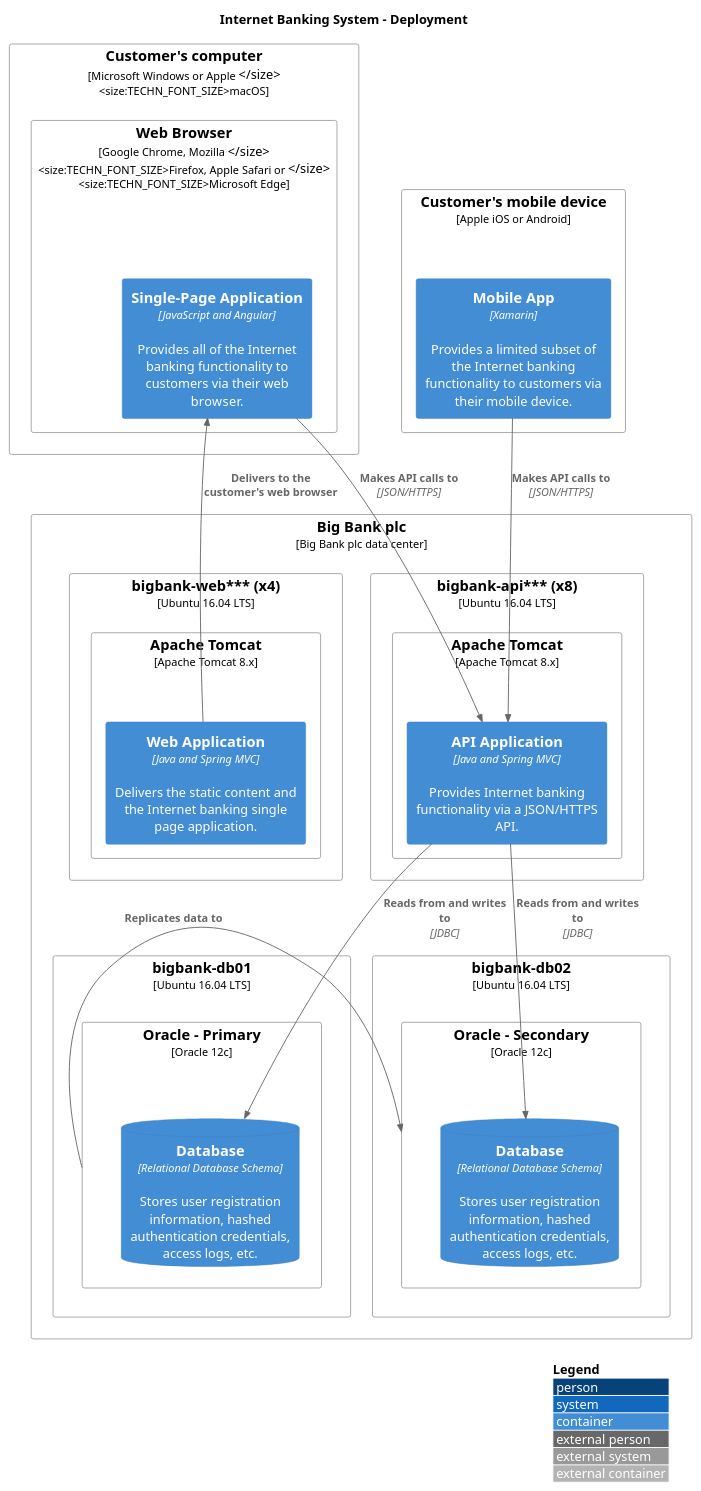
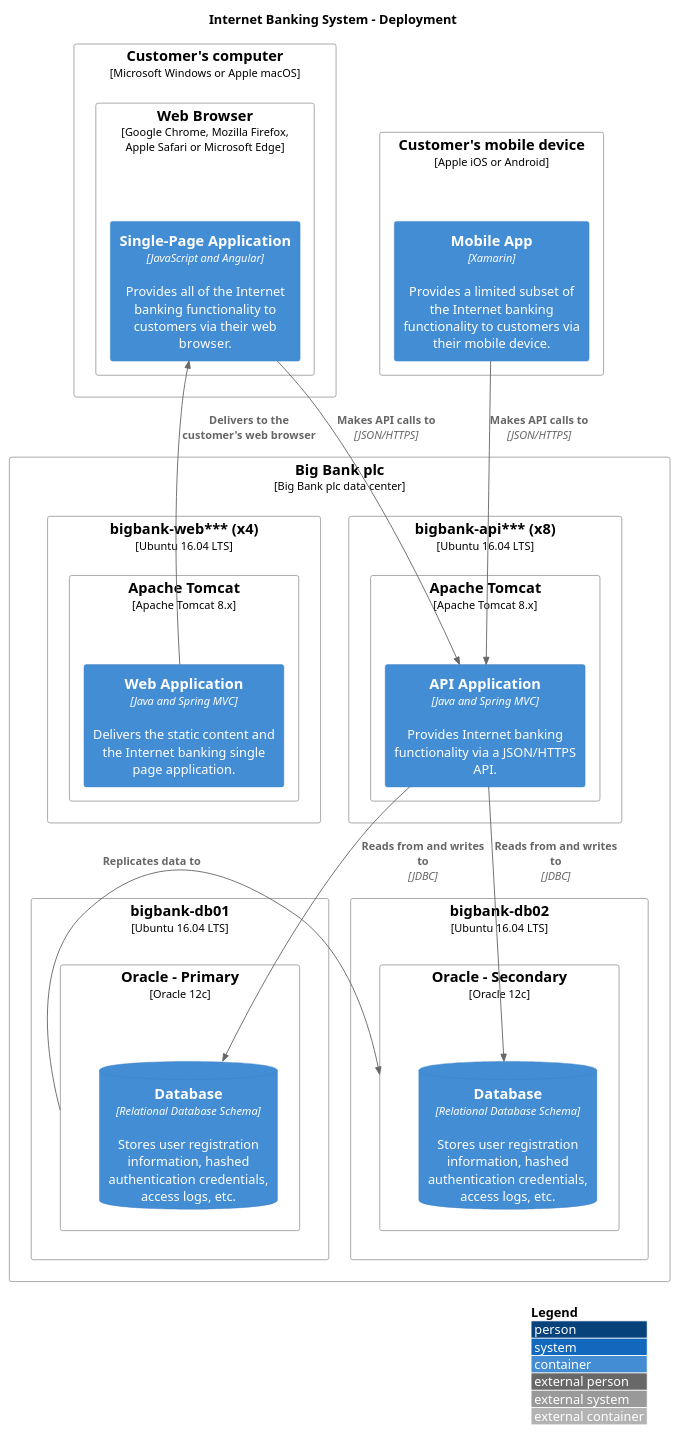
Before and after one commit to scott-wong/C4-PlantUML: the diagram in samples/C4_Deployment Diagram Sample - bigbankplc.puml, drawn with PlantUML. The commit also changed 6 other files, not shown here.

Commit message:
fix deployment diagram bug.

```diff
--- a/samples/C4_Deployment Diagram Sample - bigbankplc.puml
+++ b/samples/C4_Deployment Diagram Sample - bigbankplc.puml
@@ -1,50 +1,50 @@
 @startuml
 !include https://raw.githubusercontent.com/scott-wong/C4-PlantUML/master/C4_Deployment.puml
 ' uncomment the following line and comment the first to use locally
 ' !include C4_Deployment
 
 ' PlantUML does not support automatic line breaks of nodes, if e_techn is very long insert line breaks with 
 ' "</size>\n<size:TECHN_FONT_SIZE>"
 ' samples see below
 
 title Internet Banking System - Deployment
 
 LAYOUT_WITH_LEGEND()
 
 Node(Deployment__Live__BigBankplc__3f81fb2, "Big Bank plc", "Big Bank plc data center") {
   Node(Deployment__Live__BigBankplc__bigbankweb***__23f0eac, "bigbank-web*** (x4)", "Ubuntu 16.04 LTS") {
     Node(Deployment__Live__BigBankplc__bigbankweb***__ApacheTomcat__a4474, "Apache Tomcat", "Apache Tomcat 8.x") {
       Container(InternetBankingSystem__WebApplication2__2493dd9, "Web Application", "Java and Spring MVC", "Delivers the static content and the Internet banking single page application.")
     }
   }
   Node(Deployment__Live__BigBankplc__bigbankapi***__24ec565, "bigbank-api*** (x8)", "Ubuntu 16.04 LTS") {
     Node(Deployment__Live__BigBankplc__bigbankapi***__ApacheTomcat__389f399, "Apache Tomcat", "Apache Tomcat 8.x") {
       Container(InternetBankingSystem__APIApplication2__1b73d2e, "API Application", "Java and Spring MVC", "Provides Internet banking functionality via a JSON/HTTPS API.")
     }
   }
   Node(Deployment__Live__BigBankplc__bigbankdb01__1cc9f55, "bigbank-db01", "Ubuntu 16.04 LTS") {
     Node(Deployment__Live__BigBankplc__bigbankdb01__OraclePrimary__28f79f6, "Oracle - Primary", "Oracle 12c") {
       ContainerDb(InternetBankingSystem__Database2__1f227f4, "Database", "Relational Database Schema", "Stores user registration information, hashed authentication credentials, access logs, etc.")
     }
   }
   Node(Deployment__Live__BigBankplc__bigbankdb02__2eae566, "bigbank-db02", "Ubuntu 16.04 LTS") {
     Node(Deployment__Live__BigBankplc__bigbankdb02__OracleSecondary__24d13de, "Oracle - Secondary", "Oracle 12c") {
       ContainerDb(InternetBankingSystem__Database3__3296ca6, "Database", "Relational Database Schema", "Stores user registration information, hashed authentication credentials, access logs, etc.")
     }
   }
 }
-Node(Deployment__Live__Customer'scomputer__2c36bed, "Customer's computer", "Microsoft Windows or Apple </size>\n<size:TECHN_FONT_SIZE>macOS") {
-  Node(Deployment__Live__Customer'scomputer__WebBrowser__18307f7, "Web Browser", "Google Chrome, Mozilla </size>\n<size:TECHN_FONT_SIZE>Firefox, Apple Safari or </size>\n<size:TECHN_FONT_SIZE>Microsoft Edge") {
+Node(Deployment__Live__Customer'scomputer__2c36bed, "Customer's computer", "Microsoft Windows or Apple macOS") {
+  Node(Deployment__Live__Customer'scomputer__WebBrowser__18307f7, "Web Browser", "Google Chrome, Mozilla Firefox, Apple Safari or Microsoft Edge") {
     Container(InternetBankingSystem__SinglePageApplication2__22cc62b, "Single-Page Application", "JavaScript and Angular", "Provides all of the Internet banking functionality to customers via their web browser.")
   }
 }
 Node(Deployment__Live__Customer'smobiledevice__38a070b, "Customer's mobile device", "Apple iOS or Android") {
   Container(InternetBankingSystem__MobileApp1__1bb919c, "Mobile App", "Xamarin", "Provides a limited subset of the Internet banking functionality to customers via their mobile device.")
 }
 Rel(InternetBankingSystem__APIApplication2__1b73d2e, InternetBankingSystem__Database2__1f227f4, "Reads from and writes to", "JDBC")
 Rel(InternetBankingSystem__APIApplication2__1b73d2e, InternetBankingSystem__Database3__3296ca6, "Reads from and writes to", "JDBC")
 Rel(InternetBankingSystem__MobileApp1__1bb919c, InternetBankingSystem__APIApplication2__1b73d2e, "Makes API calls to", "JSON/HTTPS")
 Rel(InternetBankingSystem__SinglePageApplication2__22cc62b, InternetBankingSystem__APIApplication2__1b73d2e, "Makes API calls to", "JSON/HTTPS")
 Rel_Up(InternetBankingSystem__WebApplication2__2493dd9, InternetBankingSystem__SinglePageApplication2__22cc62b, "Delivers to the customer's web browser")
 Rel_Left(Deployment__Live__BigBankplc__bigbankdb01__OraclePrimary__28f79f6, Deployment__Live__BigBankplc__bigbankdb02__OracleSecondary__24d13de, "Replicates data to")
 @enduml
```
